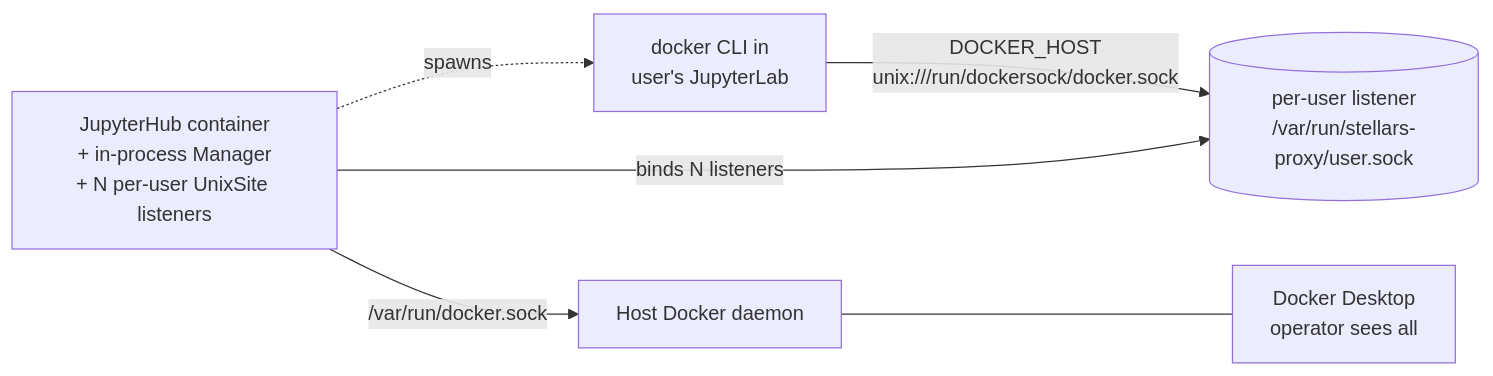
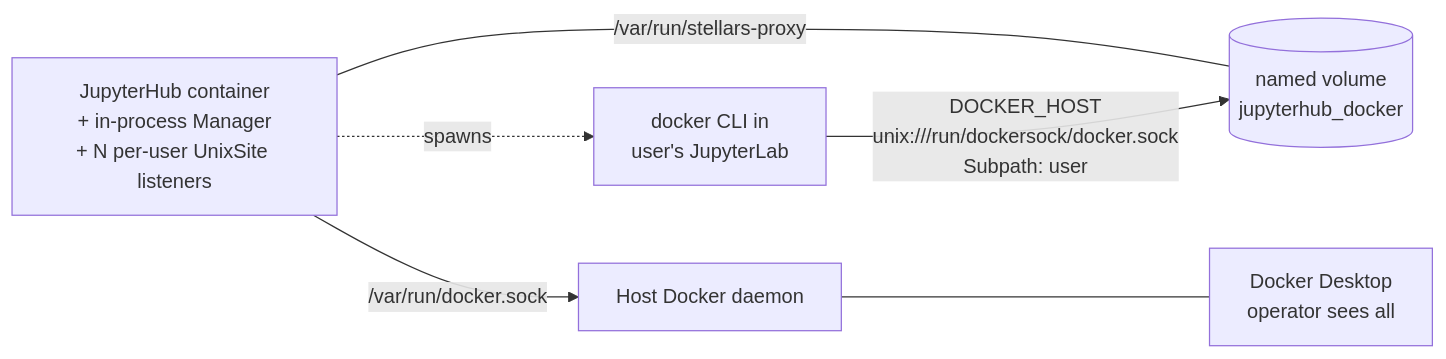
One commit to stellarshenson/stellars-jupyterhub-ds changed the first of 2 diagrams in docs/limited-docker-access.md. Above: the diagram before and after it, drawn with Mermaid. The commit also changed other lines of this file and 10 other files, not shown here.

````diff
--- a/docs/limited-docker-access.md
+++ b/docs/limited-docker-access.md
@@ -7,14 +7,14 @@
 ```mermaid
 flowchart LR
     CLI[docker CLI in<br/>user's JupyterLab]
-    SOCK[(per-user listener<br/>/var/run/stellars-proxy/user.sock)]
+    VOL[(named volume<br/>jupyterhub_docker)]
     HUB[JupyterHub container<br/>+ in-process Manager<br/>+ N per-user UnixSite listeners]
     DAEMON[Host Docker daemon]
     DESKTOP[Docker Desktop<br/>operator sees all]
 
-    CLI -->|DOCKER_HOST<br/>unix:///run/dockersock/docker.sock| SOCK
-    HUB -->|binds N listeners| SOCK
+    HUB ---|/var/run/stellars-proxy| VOL
+    CLI -->|DOCKER_HOST<br/>unix:///run/dockersock/docker.sock<br/>Subpath: user| VOL
     HUB -->|/var/run/docker.sock| DAEMON
     DAEMON --- DESKTOP
     HUB -.->|spawns| CLI
 ```
````
